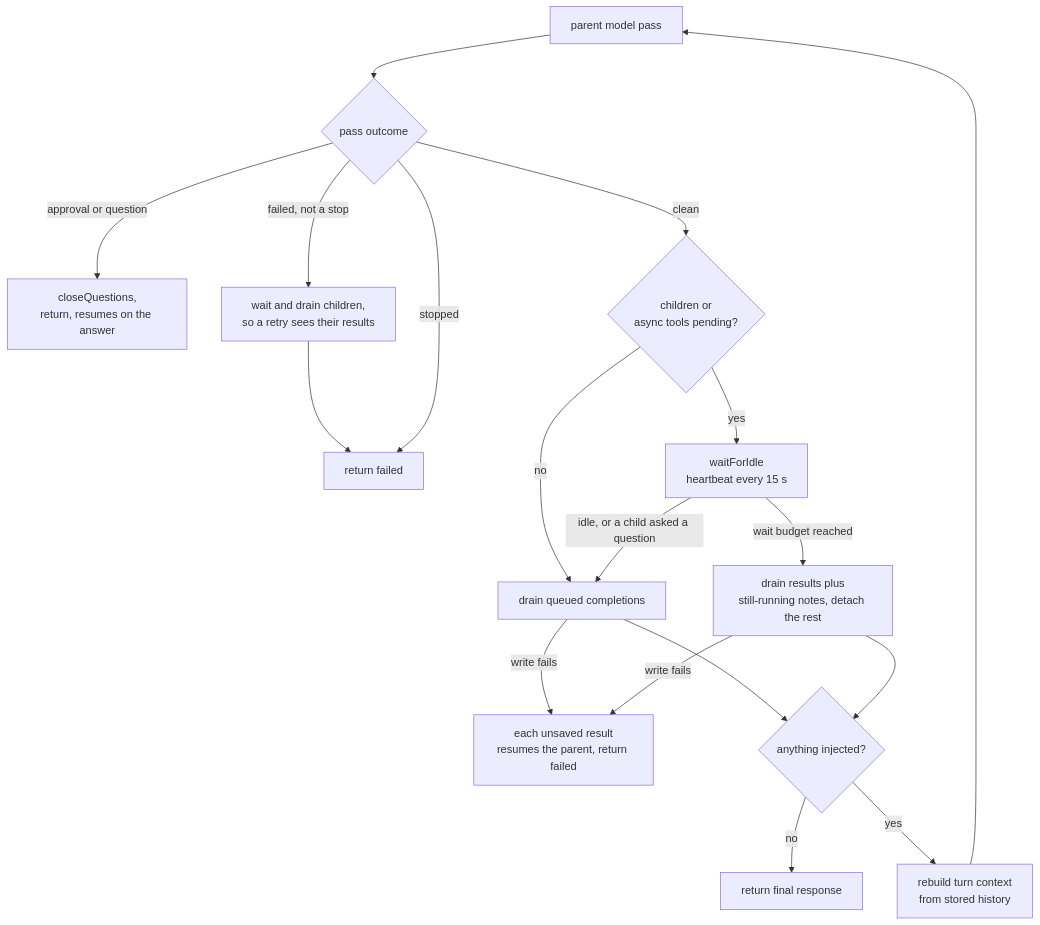
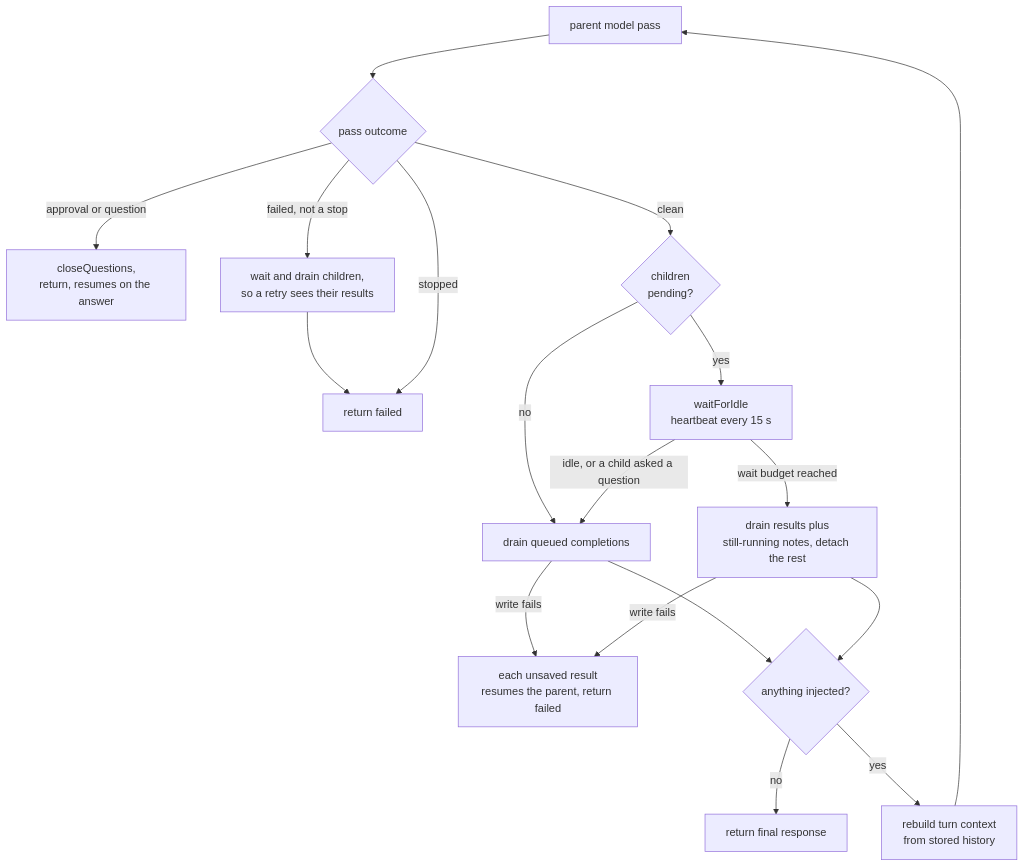
One commit to beeblastco/broods changed the first of 7 diagrams in apps/docs/docs/internals/subagents.md. Above: the diagram before and after it, drawn with Mermaid. The commit also changed other lines of this file and 28 other files, not shown here.

````diff
--- a/apps/docs/docs/internals/subagents.md
+++ b/apps/docs/docs/internals/subagents.md
@@ -19,20 +20,20 @@
 ```mermaid
 flowchart TD
   Pass["parent model pass"] --> Out{"pass outcome"}
   Out -->|"approval or question"| Park["closeQuestions,<br/>return, resumes on the answer"]
   Out -->|"failed, not a stop"| Keep["wait and drain children,<br/>so a retry sees their results"]
   Keep --> Failed["return failed"]
   Out -->|"stopped"| Failed
-  Out -->|"clean"| Pend{"children or<br/>async tools pending?"}
+  Out -->|"clean"| Pend{"children<br/>pending?"}
   Pend -->|"no"| Drain["drain queued completions"]
   Pend -->|"yes"| Wait["waitForIdle<br/>heartbeat every 15 s"]
   Wait -->|"idle, or a child asked a question"| Drain
   Wait -->|"wait budget reached"| Timeout["drain results plus<br/>still-running notes, detach the rest"]
   Drain -->|"write fails"| Lost["each unsaved result<br/>resumes the parent, return failed"]
   Timeout -->|"write fails"| Lost
   Drain --> Inj{"anything injected?"}
   Timeout --> Inj
   Inj -->|"no"| Done["return final response"]
   Inj -->|"yes"| Rebuild["rebuild turn context<br/>from stored history"]
   Rebuild --> Pass
 ```
````
